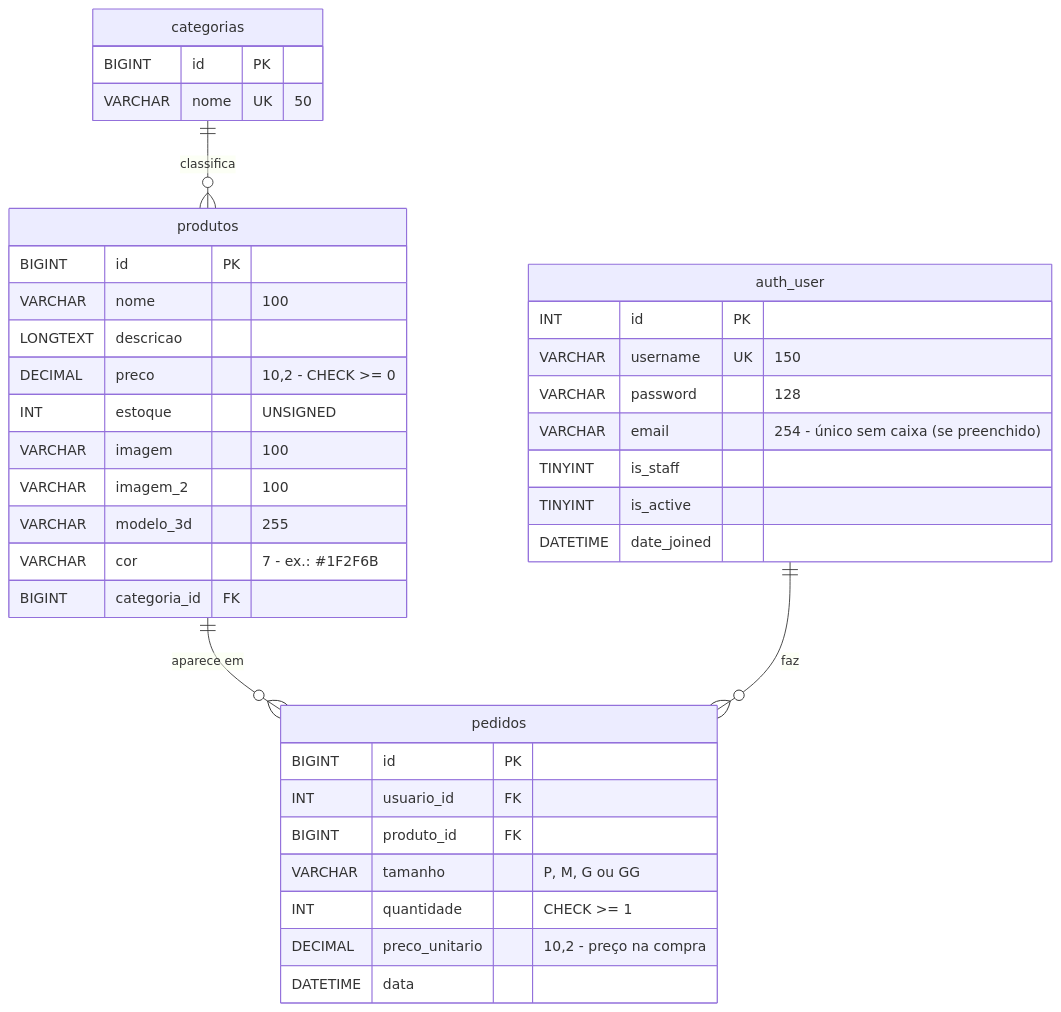
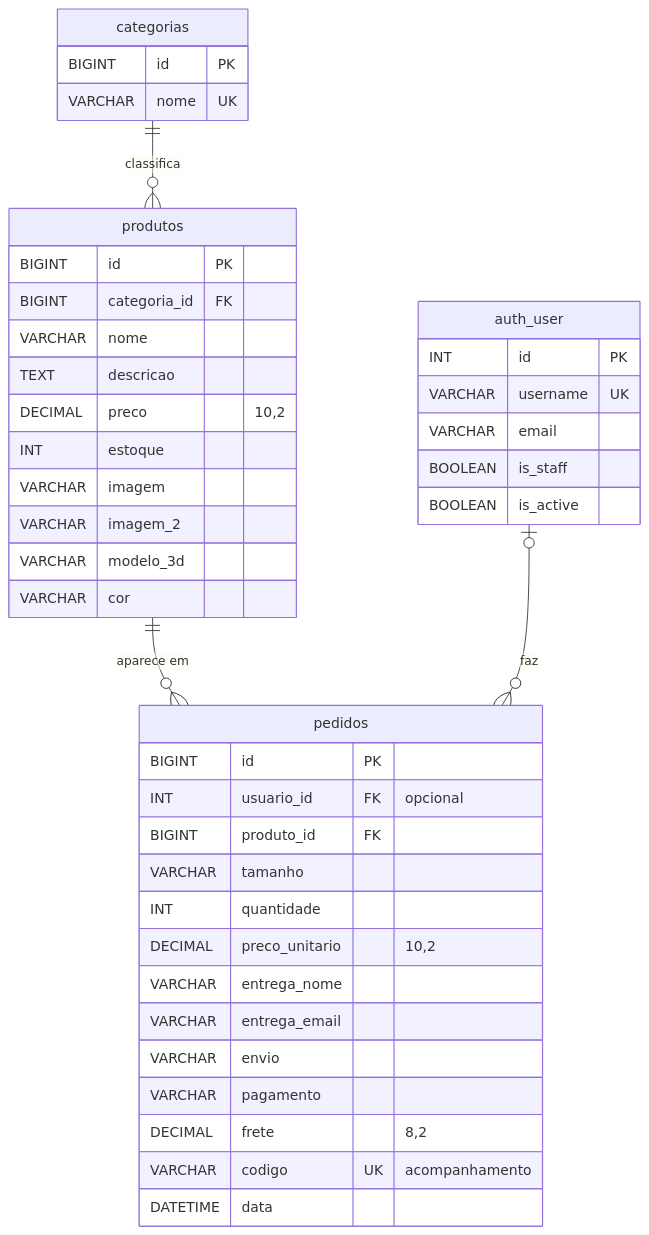
One commit to DevGuilherme-cpu/Loja_NEXAR changed the diagram in docs/diagrama_er.md. Above: the diagram before and after it, drawn with Mermaid. The commit also changed other lines of this file, not shown here.

Commit message:
Revise ER diagram and enhance documentation
Updated the ER diagram to reflect changes in the data model, including adjustments to field names and relationships. Added explanations for catalog and order structures.

````diff
--- a/docs/diagrama_er.md
+++ b/docs/diagrama_er.md
@@ -3,44 +5,48 @@
 ```mermaid
 erDiagram
-    categorias ||--o{ produtos : "classifica"
-    produtos   ||--o{ pedidos  : "aparece em"
-    auth_user  ||--o{ pedidos  : "faz"
+    categorias ||--o{ produtos : classifica
+    produtos ||--o{ pedidos : "aparece em"
+    auth_user o|--o{ pedidos : faz
 
     categorias {
         BIGINT id PK
-        VARCHAR nome UK "50"
+        VARCHAR nome UK
     }
 
     produtos {
         BIGINT id PK
-        VARCHAR nome "100"
-        LONGTEXT descricao
-        DECIMAL preco "10,2 - CHECK >= 0"
-        INT estoque "UNSIGNED"
-        VARCHAR imagem "100"
-        VARCHAR imagem_2 "100"
-        VARCHAR modelo_3d "255"
-        VARCHAR cor "7 - ex.: #1F2F6B"
         BIGINT categoria_id FK
+        VARCHAR nome
+        TEXT descricao
+        DECIMAL preco "10,2"
+        INT estoque
+        VARCHAR imagem
+        VARCHAR imagem_2
+        VARCHAR modelo_3d
+        VARCHAR cor
     }
 
     auth_user {
         INT id PK
-        VARCHAR username UK "150"
-        VARCHAR password "128"
-        VARCHAR email "254 - único sem caixa (se preenchido)"
-        TINYINT is_staff
-        TINYINT is_active
-        DATETIME date_joined
+        VARCHAR username UK
+        VARCHAR email
+        BOOLEAN is_staff
+        BOOLEAN is_active
     }
 
     pedidos {
         BIGINT id PK
-        INT usuario_id FK
+        INT usuario_id FK "opcional"
         BIGINT produto_id FK
-        VARCHAR tamanho "P, M, G ou GG"
-        INT quantidade "CHECK >= 1"
-        DECIMAL preco_unitario "10,2 - preço na compra"
+        VARCHAR tamanho
+        INT quantidade
+        DECIMAL preco_unitario "10,2"
+        VARCHAR entrega_nome
+        VARCHAR entrega_email
+        VARCHAR envio
+        VARCHAR pagamento
+        DECIMAL frete "8,2"
+        VARCHAR codigo UK "acompanhamento"
         DATETIME data
     }
 ```
````
